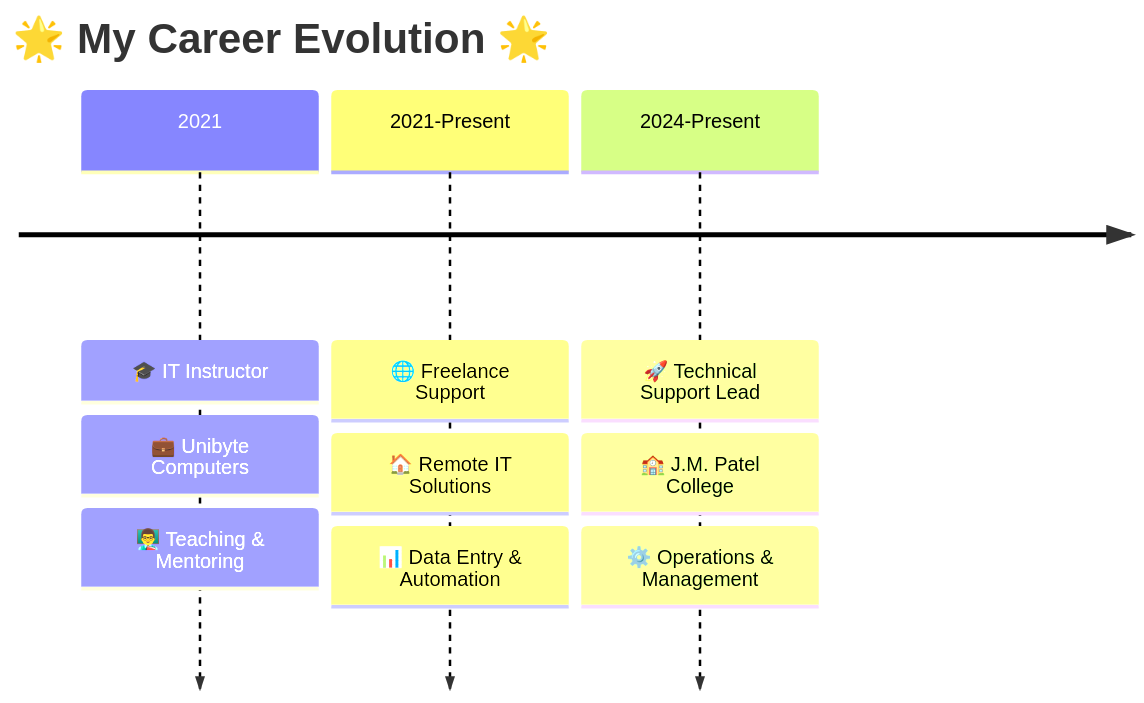
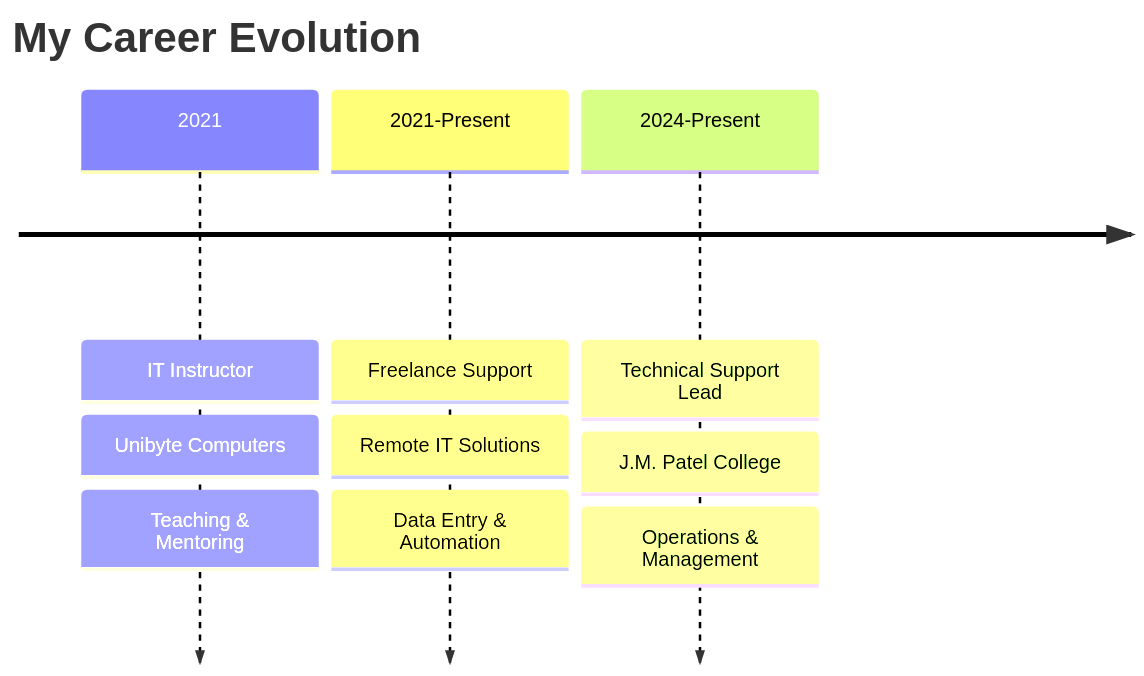
One commit to saurabh-tiwade/saurabh-tiwade changed the diagram in README.md. Above: the diagram before and after it, drawn with Mermaid. The commit also changed other lines of this file, not shown here.

````diff
--- a/README.md
+++ b/README.md
@@ -64,13 +40,13 @@
 ```mermaid
 timeline
-    title 🌟 My Career Evolution 🌟
-    2021 : 🎓 IT Instructor
-         : 💼 Unibyte Computers
-         : 👨‍🏫 Teaching & Mentoring
-    2021-Present : 🌐 Freelance Support
-                 : 🏠 Remote IT Solutions
-                 : 📊 Data Entry & Automation
-    2024-Present : 🚀 Technical Support Lead
-                 : 🏫 J.M. Patel College
-                 : ⚙️ Operations & Management
+    title My Career Evolution
+    2021 : IT Instructor
+         : Unibyte Computers
+         : Teaching & Mentoring
+    2021-Present : Freelance Support
+                 : Remote IT Solutions
+                 : Data Entry & Automation
+    2024-Present : Technical Support Lead
+                 : J.M. Patel College
+                 : Operations & Management
 ```
````
